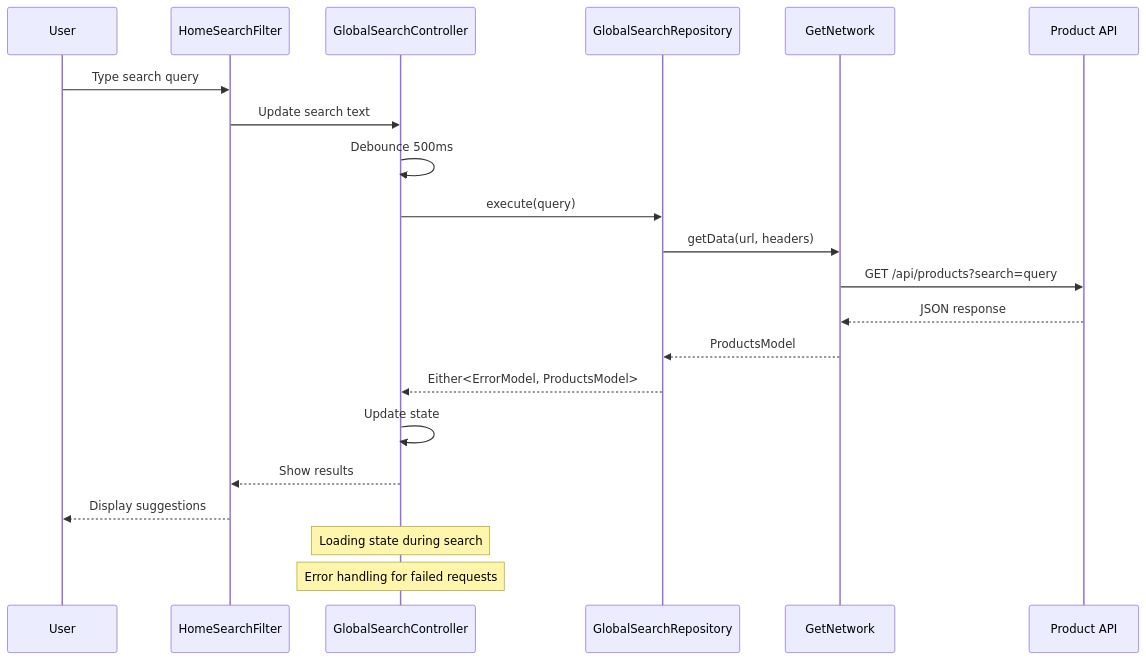
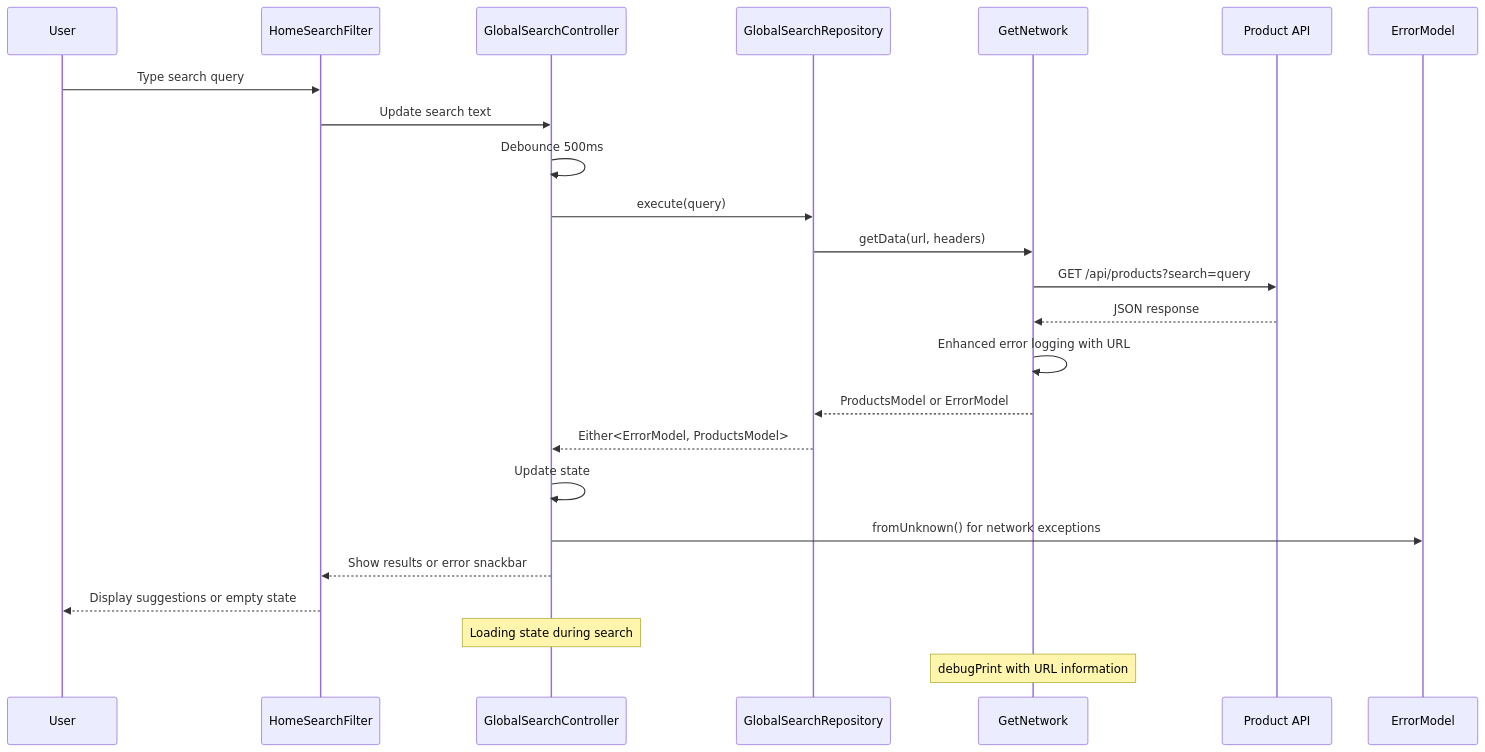
One commit to Ariful3111/FurniGo changed the third of 6 diagrams in .qoder/repowiki/en/content/Core Features/Global Search System.md. Above: the diagram before and after it, drawn with Mermaid. The commit also changed other lines of this file and 16 other files, not shown here.

````diff
--- a/.qoder/repowiki/en/content/Core Features/Global Search System.md
+++ b/.qoder/repowiki/en/content/Core Features/Global Search System.md
@@ -144,23 +164,25 @@
 ```mermaid
 sequenceDiagram
 participant User as User
 participant UI as HomeSearchFilter
 participant Controller as GlobalSearchController
 participant Repository as GlobalSearchRepository
 participant Network as GetNetwork
 participant API as Product API
 User->>UI : Type search query
 UI->>Controller : Update search text
 Controller->>Controller : Debounce 500ms
 Controller->>Repository : execute(query)
 Repository->>Network : getData(url, headers)
 Network->>API : GET /api/products?search=query
 API-->>Network : JSON response
-Network-->>Repository : ProductsModel
+Network->>Network : Enhanced error logging with URL
+Network-->>Repository : ProductsModel or ErrorModel
 Repository-->>Controller : Either<ErrorModel, ProductsModel>
 Controller->>Controller : Update state
-Controller-->>UI : Show results
-UI-->>User : Display suggestions
+Controller->>ErrorModel : fromUnknown() for network exceptions
+Controller-->>UI : Show results or error snackbar
+UI-->>User : Display suggestions or empty state
 Note over Controller : Loading state during search
-Note over Controller : Error handling for failed requests
+Note over Network : debugPrint with URL information
 ```
````
